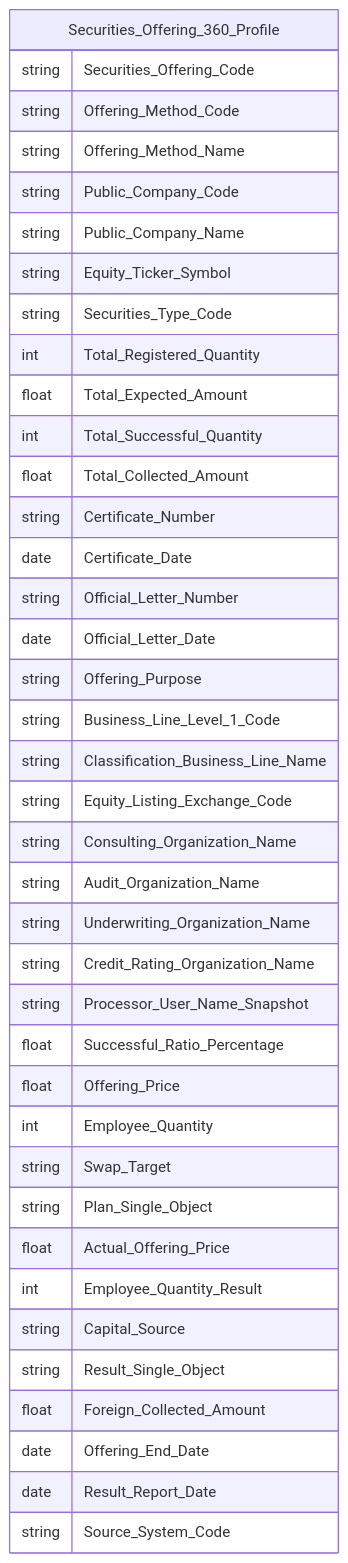
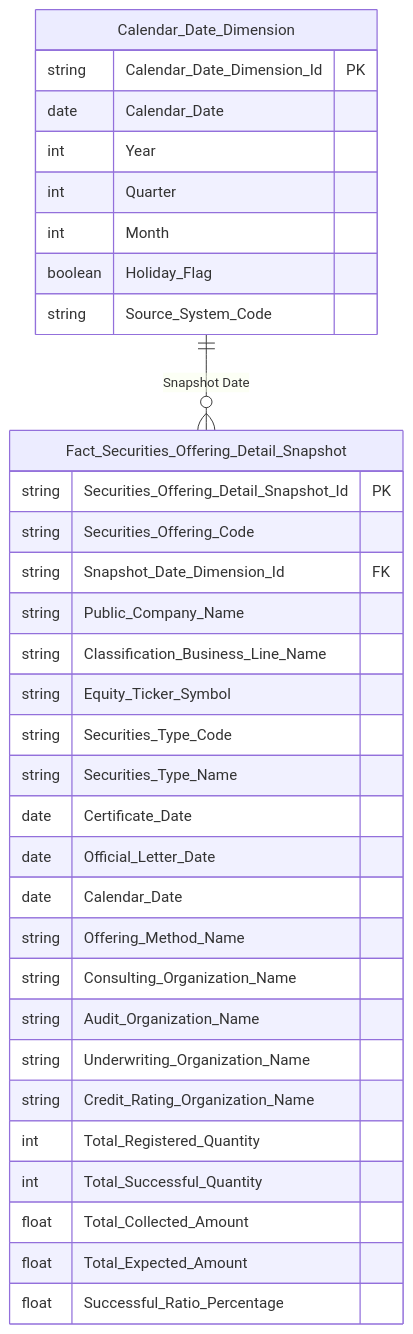
Diagram 13 of 23 in Datamart/hld/DTM_QLCB_HLD.md (linhlvit/ubck_atomic_design), drawn with Mermaid before and after one commit. The commit also changed other lines of this file and 15 other files, not shown here.

Commit message:
feat(qlcb): dong bo thiet ke QLCB theo code dbt dev dot 1 (O_QLCB_28) — them fct_securities_offering_detail_snpst cho Nhom 4, cap nhat 3 Fact Offering/Plan/Result, offering_method_dim va dong bo HLD, LLD, flat table, model, kpi_index

````diff
--- a/Datamart/hld/DTM_QLCB_HLD.md
+++ b/Datamart/hld/DTM_QLCB_HLD.md
@@ -676,42 +751,37 @@
 ```mermaid
 erDiagram
-    Securities_Offering_360_Profile {
+    Calendar_Date_Dimension {
+        string Calendar_Date_Dimension_Id PK
+        date Calendar_Date
+        int Year
+        int Quarter
+        int Month
+        boolean Holiday_Flag
+        string Source_System_Code
+    }
+    Fact_Securities_Offering_Detail_Snapshot {
+        string Securities_Offering_Detail_Snapshot_Id PK
         string Securities_Offering_Code
-        string Offering_Method_Code
-        string Offering_Method_Name
-        string Public_Company_Code
+        string Snapshot_Date_Dimension_Id FK
         string Public_Company_Name
+        string Classification_Business_Line_Name
         string Equity_Ticker_Symbol
         string Securities_Type_Code
-        int Total_Registered_Quantity
-        float Total_Expected_Amount
-        int Total_Successful_Quantity
-        float Total_Collected_Amount
-        string Certificate_Number
+        string Securities_Type_Name
         date Certificate_Date
-        string Official_Letter_Number
         date Official_Letter_Date
-        string Offering_Purpose
-        string Business_Line_Level_1_Code
-        string Classification_Business_Line_Name
-        string Equity_Listing_Exchange_Code
+        date Calendar_Date
+        string Offering_Method_Name
         string Consulting_Organization_Name
         string Audit_Organization_Name
         string Underwriting_Organization_Name
         string Credit_Rating_Organization_Name
-        string Processor_User_Name_Snapshot
+        int Total_Registered_Quantity
+        int Total_Successful_Quantity
+        float Total_Collected_Amount
+        float Total_Expected_Amount
         float Successful_Ratio_Percentage
-        float Offering_Price
-        int Employee_Quantity
-        string Swap_Target
-        string Plan_Single_Object
-        float Actual_Offering_Price
-        int Employee_Quantity_Result
-        string Capital_Source
-        string Result_Single_Object
-        float Foreign_Collected_Amount
-        date Offering_End_Date
-        date Result_Report_Date
-        string Source_System_Code
     }
+
+    Calendar_Date_Dimension ||--o{ Fact_Securities_Offering_Detail_Snapshot : "Snapshot Date"
 ```
````
